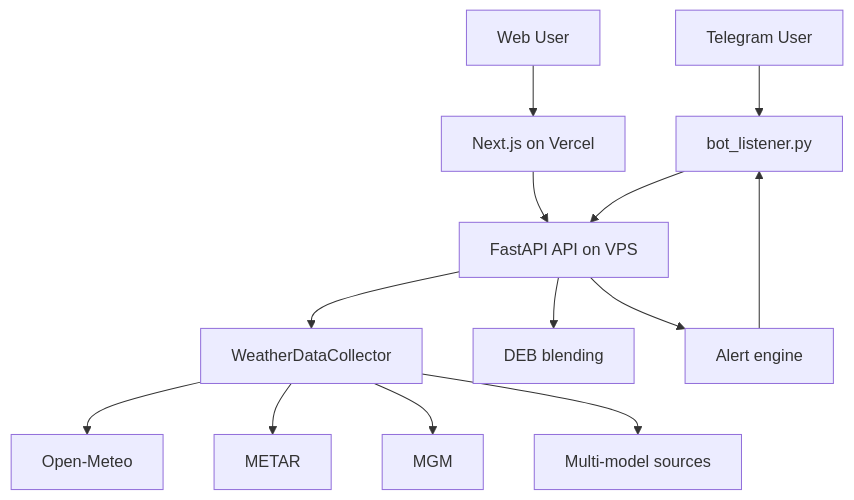
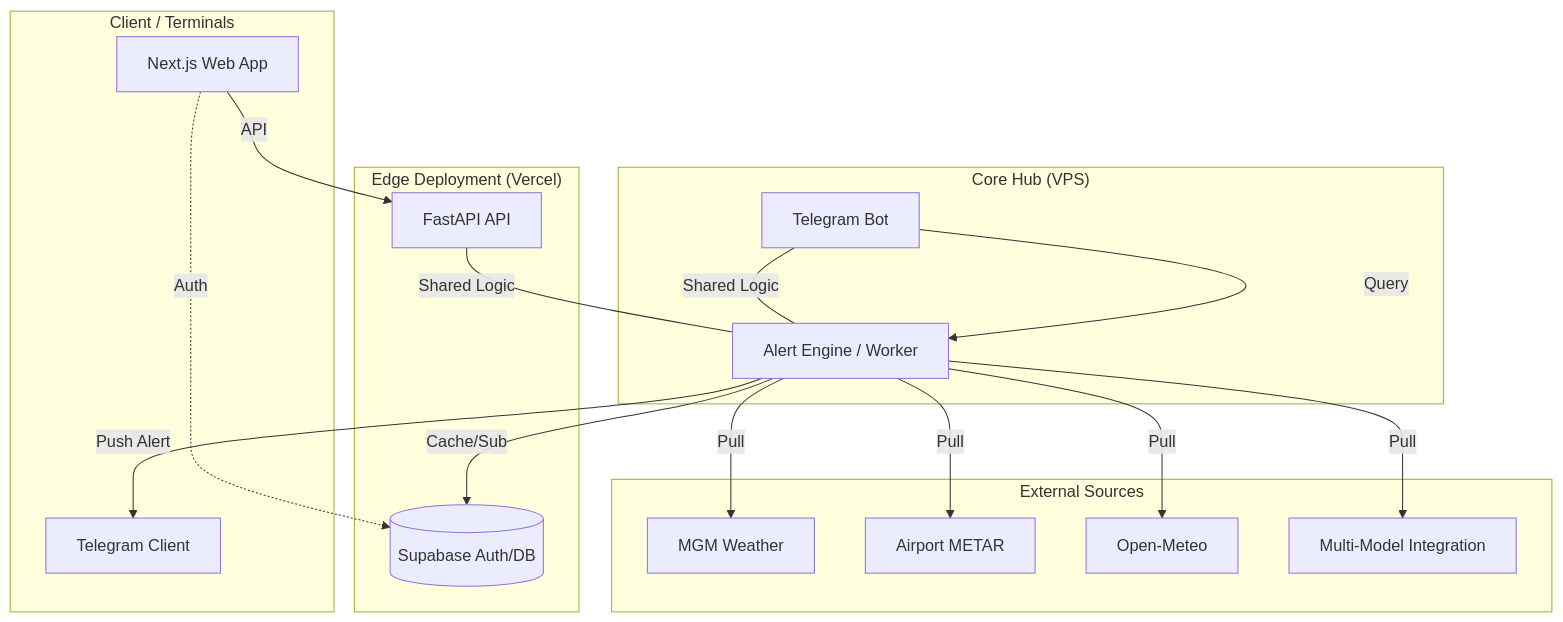
The diagram in README.md (ivanmladek/PolyWeather), drawn with Mermaid before and after one commit. The commit also changed other lines of this file and 4 other files, not shown here.

Commit message:
feat: Introduce PolyWeather Pro commercialization, update project documentation, and add Telegram push utility.

````diff
--- a/README.md
+++ b/README.md
@@ -155,15 +72,28 @@
 ```mermaid
 graph TD
-    User[Telegram User] --> Bot[bot_listener.py]
-    User2[Web User] --> Vercel[Next.js on Vercel]
-    Vercel --> API[FastAPI API on VPS]
-    Bot --> API
-    API --> Collector[WeatherDataCollector]
-    Collector --> OM[Open-Meteo]
-    Collector --> METAR[METAR]
-    Collector --> MGM[MGM]
-    Collector --> MM[Multi-model sources]
-    API --> DEB[DEB blending]
-    API --> Alerts[Alert engine]
-    Alerts --> Bot
+    subgraph "Client / Terminals"
+        Web[Next.js Web App]
+        TG[Telegram Client]
+    end
+
+    subgraph "Edge Deployment (Vercel)"
+        Web -.-> |Auth| Supa[(Supabase Auth/DB)]
+        Web --> |API| Fast[FastAPI API]
+    end
+
+    subgraph "Core Hub (VPS)"
+        Fast --- |Shared Logic| Worker[Alert Engine / Worker]
+        Bot[Telegram Bot] --- |Shared Logic| Worker
+        Worker --> |Cache/Sub| Supa
+    end
+
+    subgraph "External Sources"
+        Worker --> |Pull| MGM[MGM Weather]
+        Worker --> |Pull| METAR[Airport METAR]
+        Worker --> |Pull| OM[Open-Meteo]
+        Worker --> |Pull| MM[Multi-Model Integration]
+    end
+
+    Worker --> |Push Alert| TG
+    Bot --> |Query| Worker
 ```
````
